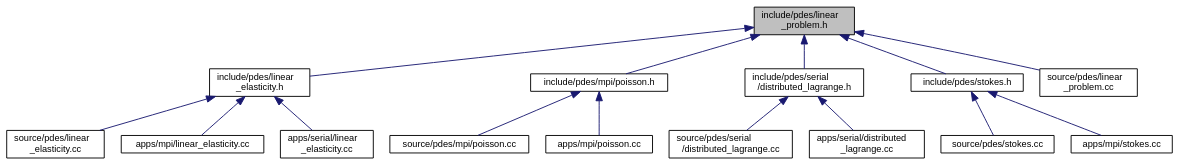
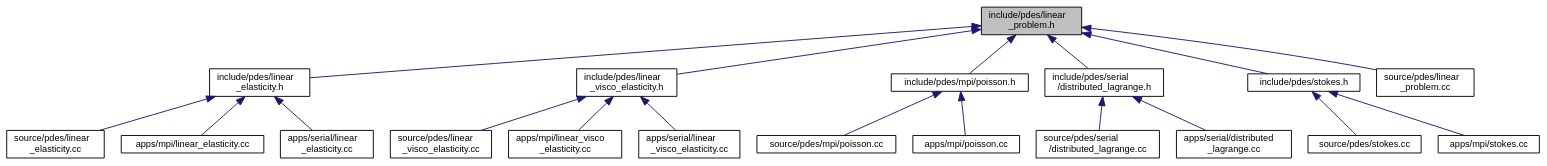
Before and after one commit to luca-heltai/fsi-suite: the diagram in linear__problem_8h__dep__incl.dot, drawn with Graphviz. The commit also changed 807 other files, not shown here.

```diff
--- a/linear__problem_8h__dep__incl.dot
+++ b/linear__problem_8h__dep__incl.dot
@@ -1,36 +1,44 @@
 digraph "include/pdes/linear_problem.h"
 {
  // LATEX_PDF_SIZE
   bgcolor="transparent";
   edge [fontname="Helvetica",fontsize="10",labelfontname="Helvetica",labelfontsize="10"];
   node [fontname="Helvetica",fontsize="10",shape=record];
   Node1 [label="include/pdes/linear\l_problem.h",height=0.2,width=0.4,color="black", fillcolor="grey75", style="filled", fontcolor="black",tooltip=" "];
   Node1 -> Node2 [dir="back",color="midnightblue",fontsize="10",style="solid",fontname="Helvetica"];
   Node2 [label="include/pdes/linear\l_elasticity.h",height=0.2,width=0.4,color="black",URL="$linear__elasticity_8h.html",tooltip=" "];
   Node2 -> Node3 [dir="back",color="midnightblue",fontsize="10",style="solid",fontname="Helvetica"];
   Node3 [label="source/pdes/linear\l_elasticity.cc",height=0.2,width=0.4,color="black",URL="$source_2pdes_2linear__elasticity_8cc.html",tooltip=" "];
   Node2 -> Node4 [dir="back",color="midnightblue",fontsize="10",style="solid",fontname="Helvetica"];
   Node4 [label="apps/mpi/linear_elasticity.cc",height=0.2,width=0.4,color="black",URL="$apps_2mpi_2linear__elasticity_8cc.html",tooltip=" "];
   Node2 -> Node5 [dir="back",color="midnightblue",fontsize="10",style="solid",fontname="Helvetica"];
   Node5 [label="apps/serial/linear\l_elasticity.cc",height=0.2,width=0.4,color="black",URL="$apps_2serial_2linear__elasticity_8cc.html",tooltip=" "];
   Node1 -> Node6 [dir="back",color="midnightblue",fontsize="10",style="solid",fontname="Helvetica"];
-  Node6 [label="include/pdes/mpi/poisson.h",height=0.2,width=0.4,color="black",URL="$mpi_2poisson_8h.html",tooltip=" "];
+  Node6 [label="include/pdes/linear\l_visco_elasticity.h",height=0.2,width=0.4,color="black",URL="$linear__visco__elasticity_8h.html",tooltip=" "];
   Node6 -> Node7 [dir="back",color="midnightblue",fontsize="10",style="solid",fontname="Helvetica"];
-  Node7 [label="source/pdes/mpi/poisson.cc",height=0.2,width=0.4,color="black",URL="$source_2pdes_2mpi_2poisson_8cc.html",tooltip=" "];
+  Node7 [label="source/pdes/linear\l_visco_elasticity.cc",height=0.2,width=0.4,color="black",URL="$source_2pdes_2linear__visco__elasticity_8cc.html",tooltip=" "];
   Node6 -> Node8 [dir="back",color="midnightblue",fontsize="10",style="solid",fontname="Helvetica"];
-  Node8 [label="apps/mpi/poisson.cc",height=0.2,width=0.4,color="black",URL="$apps_2mpi_2poisson_8cc.html",tooltip=" "];
-  Node1 -> Node9 [dir="back",color="midnightblue",fontsize="10",style="solid",fontname="Helvetica"];
-  Node9 [label="include/pdes/serial\l/distributed_lagrange.h",height=0.2,width=0.4,color="black",URL="$distributed__lagrange_8h.html",tooltip=" "];
-  Node9 -> Node10 [dir="back",color="midnightblue",fontsize="10",style="solid",fontname="Helvetica"];
-  Node10 [label="source/pdes/serial\l/distributed_lagrange.cc",height=0.2,width=0.4,color="black",URL="$source_2pdes_2serial_2distributed__lagrange_8cc.html",tooltip=" "];
-  Node9 -> Node11 [dir="back",color="midnightblue",fontsize="10",style="solid",fontname="Helvetica"];
-  Node11 [label="apps/serial/distributed\l_lagrange.cc",height=0.2,width=0.4,color="black",URL="$apps_2serial_2distributed__lagrange_8cc.html",tooltip=" "];
-  Node1 -> Node12 [dir="back",color="midnightblue",fontsize="10",style="solid",fontname="Helvetica"];
-  Node12 [label="include/pdes/stokes.h",height=0.2,width=0.4,color="black",URL="$stokes_8h.html",tooltip=" "];
-  Node12 -> Node13 [dir="back",color="midnightblue",fontsize="10",style="solid",fontname="Helvetica"];
-  Node13 [label="source/pdes/stokes.cc",height=0.2,width=0.4,color="black",URL="$source_2pdes_2stokes_8cc.html",tooltip=" "];
-  Node12 -> Node14 [dir="back",color="midnightblue",fontsize="10",style="solid",fontname="Helvetica"];
-  Node14 [label="apps/mpi/stokes.cc",height=0.2,width=0.4,color="black",URL="$apps_2mpi_2stokes_8cc.html",tooltip=" "];
-  Node1 -> Node15 [dir="back",color="midnightblue",fontsize="10",style="solid",fontname="Helvetica"];
-  Node15 [label="source/pdes/linear\l_problem.cc",height=0.2,width=0.4,color="black",URL="$linear__problem_8cc.html",tooltip=" "];
+  Node8 [label="apps/mpi/linear_visco\l_elasticity.cc",height=0.2,width=0.4,color="black",URL="$apps_2mpi_2linear__visco__elasticity_8cc.html",tooltip=" "];
+  Node6 -> Node9 [dir="back",color="midnightblue",fontsize="10",style="solid",fontname="Helvetica"];
+  Node9 [label="apps/serial/linear\l_visco_elasticity.cc",height=0.2,width=0.4,color="black",URL="$apps_2serial_2linear__visco__elasticity_8cc.html",tooltip=" "];
+  Node1 -> Node10 [dir="back",color="midnightblue",fontsize="10",style="solid",fontname="Helvetica"];
+  Node10 [label="include/pdes/mpi/poisson.h",height=0.2,width=0.4,color="black",URL="$mpi_2poisson_8h.html",tooltip=" "];
+  Node10 -> Node11 [dir="back",color="midnightblue",fontsize="10",style="solid",fontname="Helvetica"];
+  Node11 [label="source/pdes/mpi/poisson.cc",height=0.2,width=0.4,color="black",URL="$source_2pdes_2mpi_2poisson_8cc.html",tooltip=" "];
+  Node10 -> Node12 [dir="back",color="midnightblue",fontsize="10",style="solid",fontname="Helvetica"];
+  Node12 [label="apps/mpi/poisson.cc",height=0.2,width=0.4,color="black",URL="$apps_2mpi_2poisson_8cc.html",tooltip=" "];
+  Node1 -> Node13 [dir="back",color="midnightblue",fontsize="10",style="solid",fontname="Helvetica"];
+  Node13 [label="include/pdes/serial\l/distributed_lagrange.h",height=0.2,width=0.4,color="black",URL="$distributed__lagrange_8h.html",tooltip=" "];
+  Node13 -> Node14 [dir="back",color="midnightblue",fontsize="10",style="solid",fontname="Helvetica"];
+  Node14 [label="source/pdes/serial\l/distributed_lagrange.cc",height=0.2,width=0.4,color="black",URL="$source_2pdes_2serial_2distributed__lagrange_8cc.html",tooltip=" "];
+  Node13 -> Node15 [dir="back",color="midnightblue",fontsize="10",style="solid",fontname="Helvetica"];
+  Node15 [label="apps/serial/distributed\l_lagrange.cc",height=0.2,width=0.4,color="black",URL="$apps_2serial_2distributed__lagrange_8cc.html",tooltip=" "];
+  Node1 -> Node16 [dir="back",color="midnightblue",fontsize="10",style="solid",fontname="Helvetica"];
+  Node16 [label="include/pdes/stokes.h",height=0.2,width=0.4,color="black",URL="$stokes_8h.html",tooltip=" "];
+  Node16 -> Node17 [dir="back",color="midnightblue",fontsize="10",style="solid",fontname="Helvetica"];
+  Node17 [label="source/pdes/stokes.cc",height=0.2,width=0.4,color="black",URL="$source_2pdes_2stokes_8cc.html",tooltip=" "];
+  Node16 -> Node18 [dir="back",color="midnightblue",fontsize="10",style="solid",fontname="Helvetica"];
+  Node18 [label="apps/mpi/stokes.cc",height=0.2,width=0.4,color="black",URL="$apps_2mpi_2stokes_8cc.html",tooltip=" "];
+  Node1 -> Node19 [dir="back",color="midnightblue",fontsize="10",style="solid",fontname="Helvetica"];
+  Node19 [label="source/pdes/linear\l_problem.cc",height=0.2,width=0.4,color="black",URL="$linear__problem_8cc.html",tooltip=" "];
 }
```
